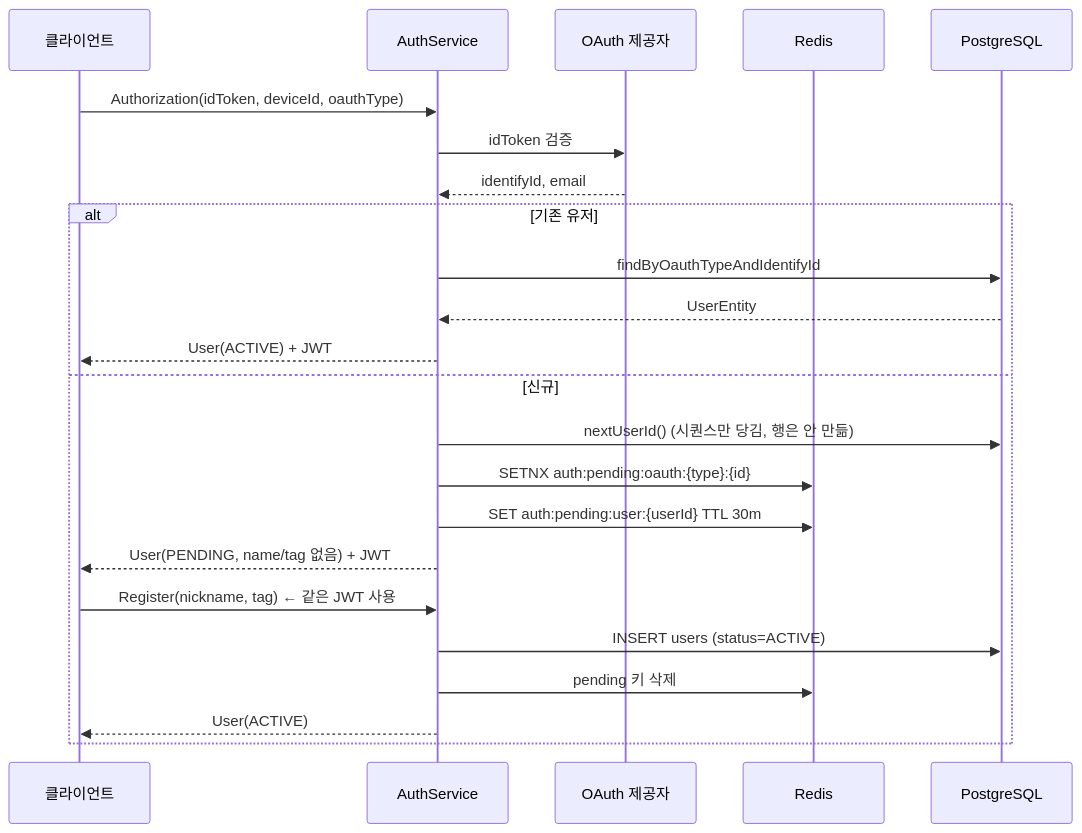
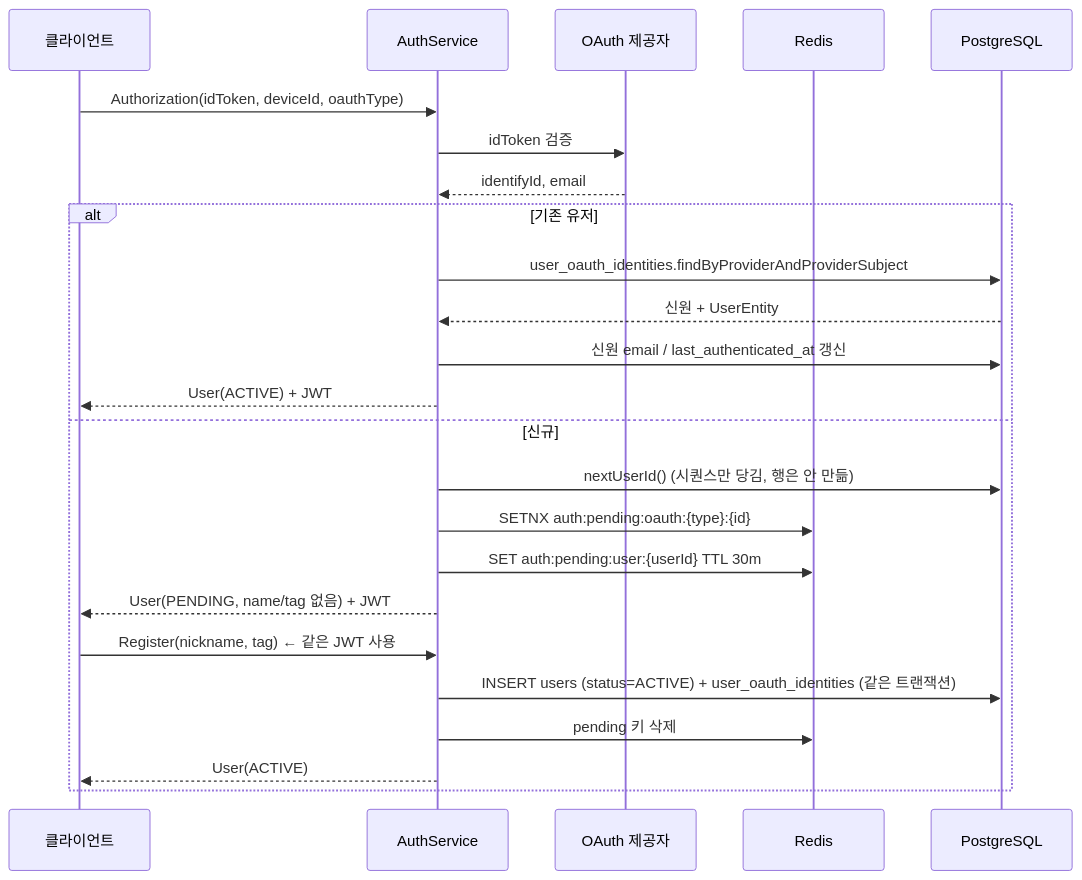
One commit to danmalgi-project/danmalgi_api changed the diagram in docs/02-domain/auth-and-identity.md. Above: the diagram before and after it, drawn with Mermaid. The commit also changed other lines of this file and 61 other files, not shown here.

First line of the commit message:
refactor: OAuth 신원을 users 에서 user_oauth_identities 로 분리

````diff
--- a/docs/02-domain/auth-and-identity.md
+++ b/docs/02-domain/auth-and-identity.md
@@ -9,27 +9,28 @@
 ```mermaid
 sequenceDiagram
     participant C as 클라이언트
     participant A as AuthService
     participant O as OAuth 제공자
     participant R as Redis
     participant D as PostgreSQL
 
     C->>A: Authorization(idToken, deviceId, oauthType)
     A->>O: idToken 검증
     O-->>A: identifyId, email
 
     alt 기존 유저
-        A->>D: findByOauthTypeAndIdentifyId
-        D-->>A: UserEntity
+        A->>D: user_oauth_identities.findByProviderAndProviderSubject
+        D-->>A: 신원 + UserEntity
+        A->>D: 신원 email / last_authenticated_at 갱신
         A-->>C: User(ACTIVE) + JWT
     else 신규
         A->>D: nextUserId()  (시퀀스만 당김, 행은 안 만듦)
         A->>R: SETNX auth:pending:oauth:{type}:{id}
         A->>R: SET auth:pending:user:{userId}  TTL 30m
         A-->>C: User(PENDING, name/tag 없음) + JWT
         C->>A: Register(nickname, tag)   ← 같은 JWT 사용
-        A->>D: INSERT users (status=ACTIVE)
+        A->>D: INSERT users (status=ACTIVE) + user_oauth_identities (같은 트랜잭션)
         A->>R: pending 키 삭제
         A-->>C: User(ACTIVE)
     end
 ```
````
